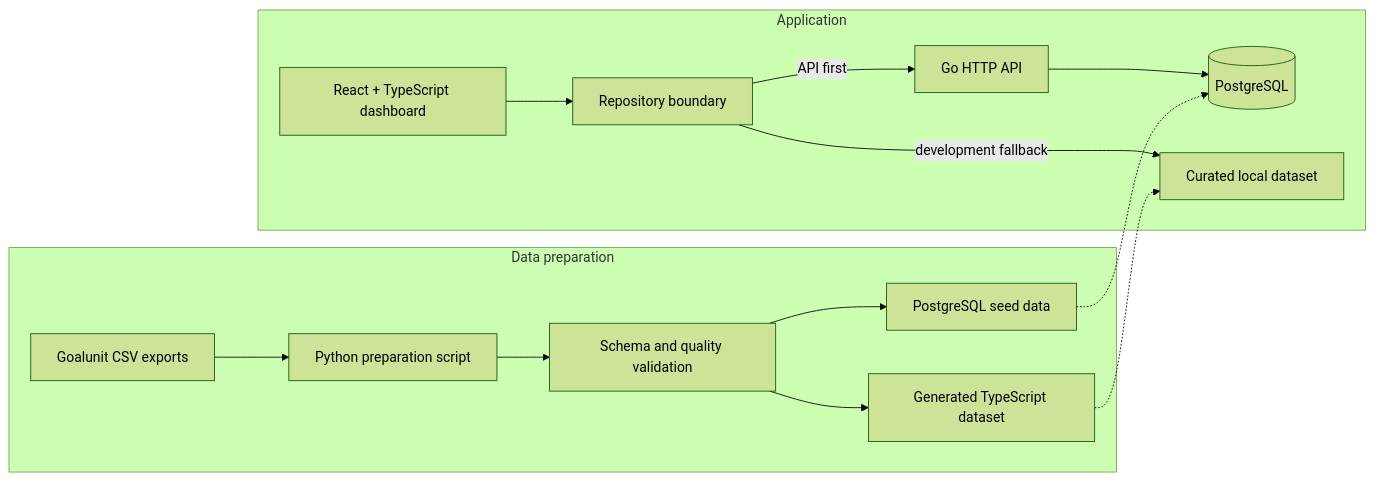
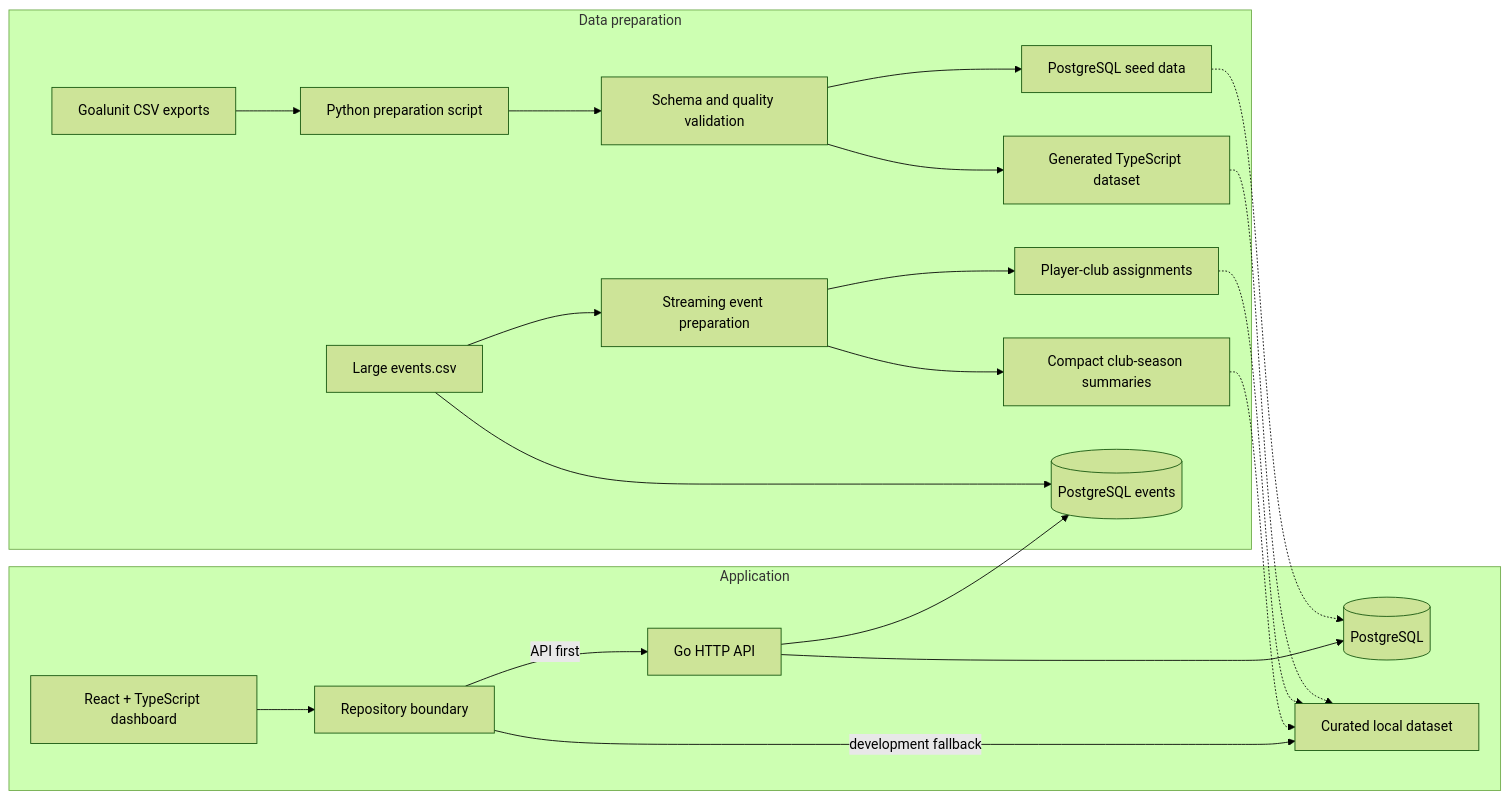
Before and after one commit to nomad-alt/goalunit-dashboard: the first of 2 diagrams in README.md, drawn with Mermaid (forest theme). The commit also changed other lines of this file and 21 other files, not shown here.

Commit message:
feat(analytics): add event-derived playing-style KPIs and raw event API

````diff
--- a/README.md
+++ b/README.md
@@ -40,18 +41,25 @@
 ```mermaid
 flowchart LR
   subgraph ingestion[Data preparation]
     CSV[Goalunit CSV exports] --> PY[Python preparation script]
     PY --> VALIDATE[Schema and quality validation]
     VALIDATE --> TS[Generated TypeScript dataset]
     VALIDATE --> DBSEED[PostgreSQL seed data]
+    EVENTS[Large events.csv] --> EVENTPIPE[Streaming event preparation]
+    EVENTPIPE --> SUMMARY[Compact club-season summaries]
+    EVENTPIPE --> ASSIGN[Player-club assignments]
+    EVENTS --> EVENTDB[(PostgreSQL events)]
   end
 
   subgraph application[Application]
     UI[React + TypeScript dashboard] --> REPO[Repository boundary]
     REPO -->|API first| API[Go HTTP API]
     API --> PG[(PostgreSQL)]
     REPO -->|development fallback| LOCAL[Curated local dataset]
+    SUMMARY -.-> LOCAL
+    ASSIGN -.-> LOCAL
+    API --> EVENTDB
     TS -.-> LOCAL
     DBSEED -.-> PG
   end
 ```
````
